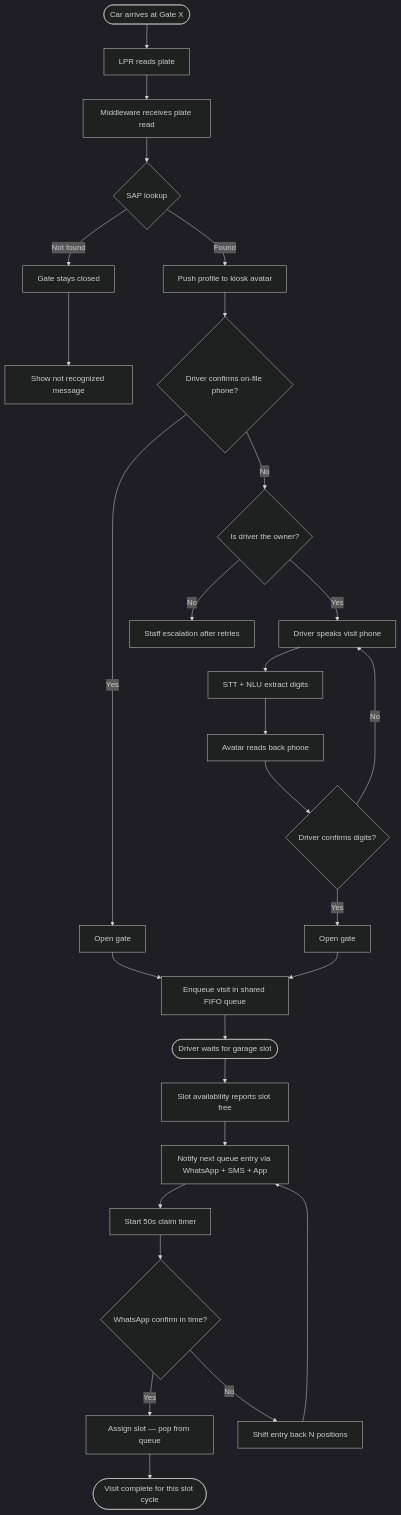
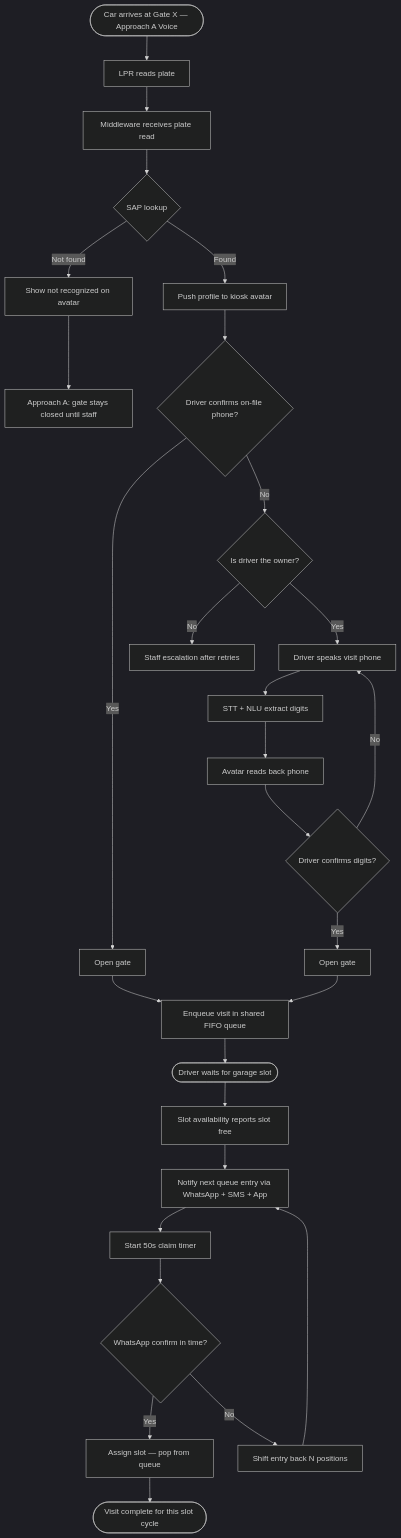
The diagram in docs/client/diagrams/03-end-to-end-flow.mmd (MahmoudMater/Toyota-Smart-System), drawn with Mermaid (dark theme) before and after one commit. The commit also changed 52 other files, not shown here.

```diff
--- a/docs/client/diagrams/03-end-to-end-flow.mmd
+++ b/docs/client/diagrams/03-end-to-end-flow.mmd
@@ -1,37 +1,37 @@
 flowchart TD
-    Start([Car arrives at Gate X]) --> LPR[LPR reads plate]
+    Start([Car arrives at Gate X — Approach A Voice]) --> LPR[LPR reads plate]
     LPR --> MW[Middleware receives plate read]
     MW --> SAP{SAP lookup}
 
     SAP -->|Found| Kiosk[Push profile to kiosk avatar]
-    SAP -->|Not found| Closed1[Gate stays closed]
-    Closed1 --> Msg1[Show not recognized message]
+    SAP -->|Not found| Closed1[Show not recognized on avatar]
+    Closed1 --> Msg1[Approach A: gate stays closed until staff]
 
     Kiosk --> Confirm{Driver confirms on-file phone?}
     Confirm -->|Yes| Open1[Open gate]
     Confirm -->|No| Owner{Is driver the owner?}
 
     Owner -->|Yes| Speak[Driver speaks visit phone]
     Owner -->|No| Staff[Staff escalation after retries]
 
     Speak --> STT[STT + NLU extract digits]
     STT --> ReadBack[Avatar reads back phone]
     ReadBack --> PhoneOK{Driver confirms digits?}
     PhoneOK -->|Yes| Open2[Open gate]
     PhoneOK -->|No| Speak
 
     Open1 --> Enqueue[Enqueue visit in shared FIFO queue]
     Open2 --> Enqueue
 
     Enqueue --> Wait([Driver waits for garage slot])
 
     Wait --> SlotFree[Slot availability reports slot free]
     SlotFree --> Notify[Notify next queue entry via WhatsApp + SMS + App]
     Notify --> Timer[Start 50s claim timer]
 
     Timer --> Claim{WhatsApp confirm in time?}
     Claim -->|Yes| Assign[Assign slot — pop from queue]
     Claim -->|No| Shift[Shift entry back N positions]
     Shift --> Notify
 
     Assign --> Done([Visit complete for this slot cycle])
```
